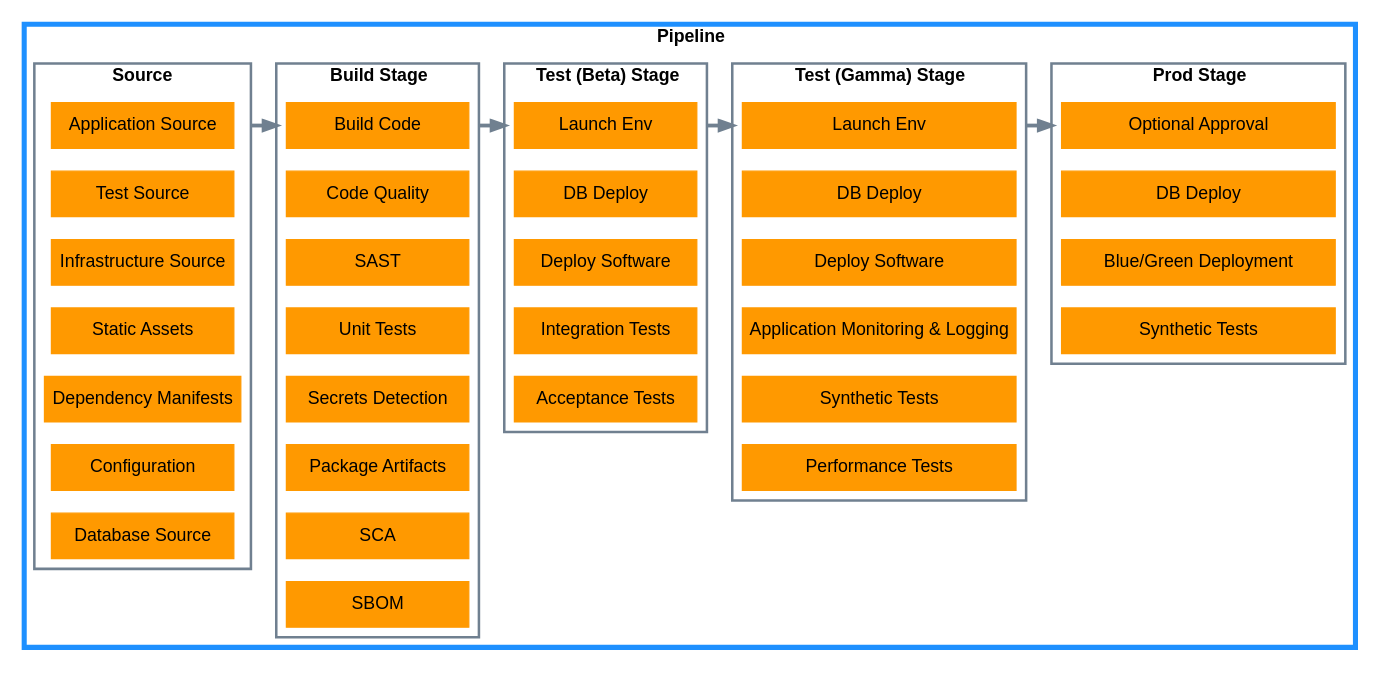
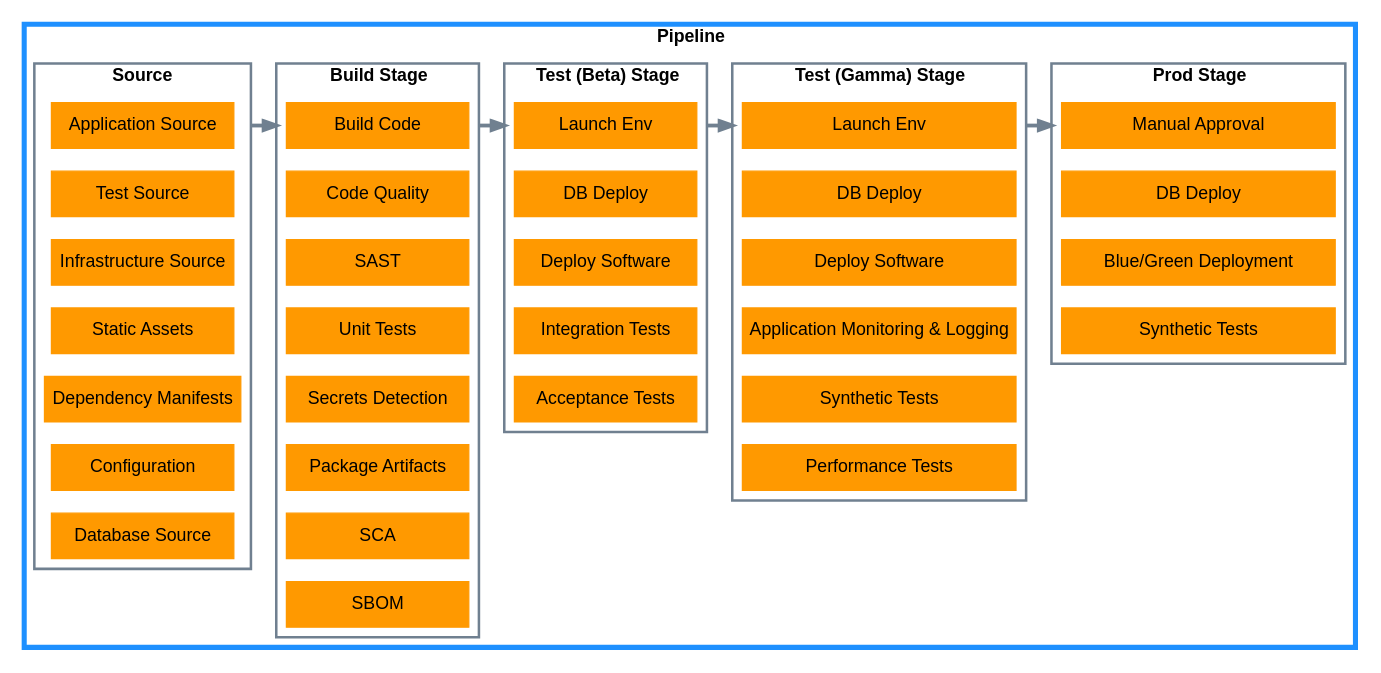
Before and after one commit to Tyrese-AutomationWarrior/AWS-Deployment-Pipeline-Reference-Architecture: the diagram in docs/application-pipeline/ri-cdk-pipeline.md, drawn with Graphviz. The commit also changed other lines of this file and 30 other files, not shown here.

```diff
--- a/docs/application-pipeline/ri-cdk-pipeline.md
+++ b/docs/application-pipeline/ri-cdk-pipeline.md
@@ -58,7 +58,7 @@
             graph[penwidth=2 color="slategray"]
             node [shape=box style=filled fontcolor="black" width=2]
 
-            launch_beta[label="Launch Env" color="#ff9900"] 
+            launch_beta[label="Launch Env" color="#ff9900"]
             db_deploy_beta[label="DB Deploy" color="#ff9900"]
             software_deploy_beta[label="Deploy Software" color="#ff9900"]
             int_test_beta[label="Integration Tests" color="#ff9900"]
@@ -70,7 +70,7 @@
             graph[penwidth=2 color="slategray"]
             node [shape=box style=filled fontcolor="black" width=3]
 
-            launch_gamma[label="Launch Env" color="#ff9900"] 
+            launch_gamma[label="Launch Env" color="#ff9900"]
             db_deploy_gamma[label="DB Deploy" color="#ff9900"]
             software_deploy_gamma[label="Deploy Software" color="#ff9900"]
             app_monitor_gamma[label="Application Monitoring & Logging" color="#ff9900"]
@@ -83,7 +83,7 @@
             graph[penwidth=2 color="slategray"]
             node [shape=box style=filled fontcolor="black" width=3]
 
-            approval[label="Optional Approval" color="#ff9900"]
+            approval[label="Manual Approval" color="#ff9900"]
             db_deploy_prod[label="DB Deploy" color="#ff9900"]
             blue_green_deployment[label="Blue/Green Deployment" color="#ff9900"]
             synthetic_prod[label="Synthetic Tests" color="#ff9900"]
```
